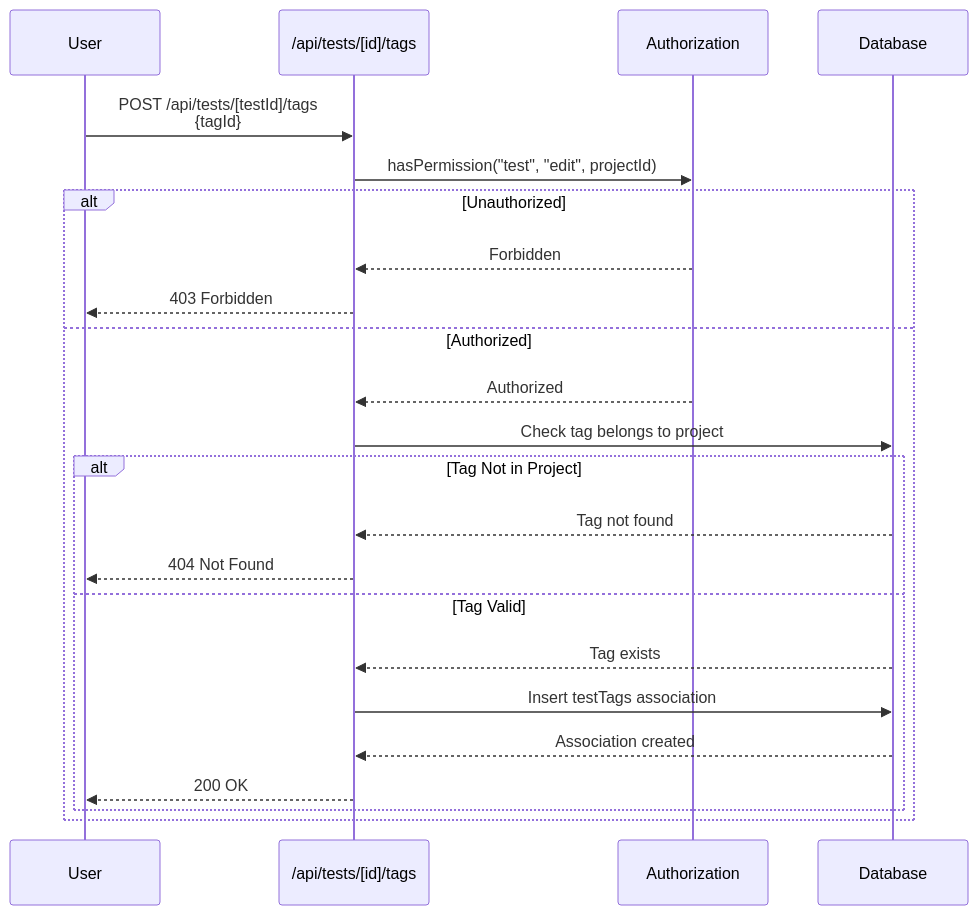
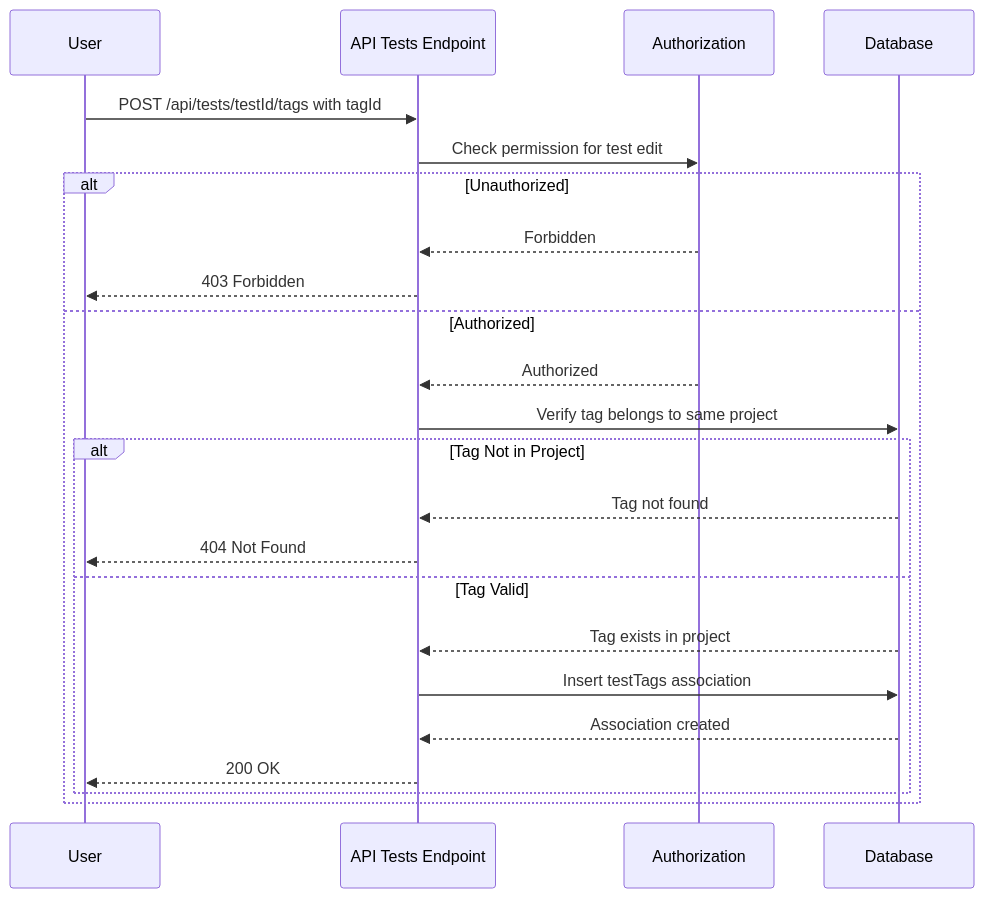
The fourth of 12 diagrams in specs/05-features/tag-system.md (supercheck-io/supercheck), drawn with Mermaid before and after one commit. The commit also changed other lines of this file, not shown here.

First line of the commit message:
Fix tag-system.md: correct Mermaid syntax and clarify user-defined colors

````diff
--- a/specs/05-features/tag-system.md
+++ b/specs/05-features/tag-system.md
@@ -124,28 +130,28 @@
 ```mermaid
 sequenceDiagram
     participant User
-    participant API as /api/tests/[id]/tags
+    participant API as API Tests Endpoint
     participant Auth as Authorization
     participant DB as Database
 
-    User->>API: POST /api/tests/[testId]/tags<br/>{tagId}
-    API->>Auth: hasPermission("test", "edit", projectId)
+    User->>API: POST /api/tests/testId/tags with tagId
+    API->>Auth: Check permission for test edit
 
     alt Unauthorized
         Auth-->>API: Forbidden
         API-->>User: 403 Forbidden
     else Authorized
         Auth-->>API: Authorized
-        API->>DB: Check tag belongs to project
+        API->>DB: Verify tag belongs to same project
 
         alt Tag Not in Project
             DB-->>API: Tag not found
             API-->>User: 404 Not Found
         else Tag Valid
-            DB-->>API: Tag exists
+            DB-->>API: Tag exists in project
             API->>DB: Insert testTags association
             DB-->>API: Association created
             API-->>User: 200 OK
         end
     end
 ```
````
